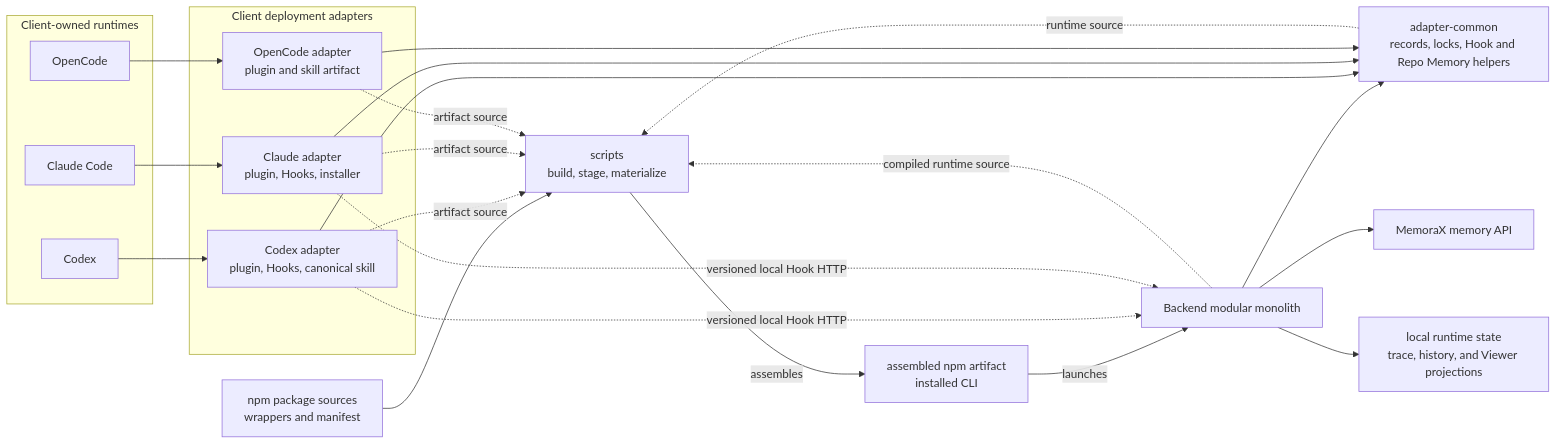
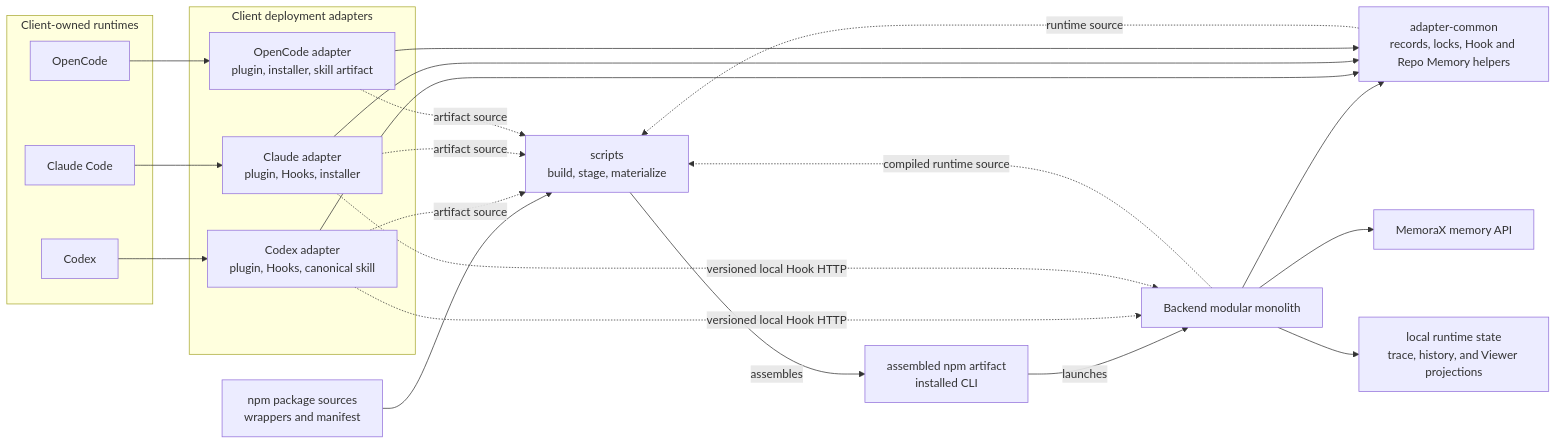
The first of 6 diagrams in ARCHITECTURE.md (memorax-ai/memorax-code), drawn with Mermaid before and after one commit. The commit also changed other lines of this file and 28 other files, not shown here.

````diff
--- a/ARCHITECTURE.md
+++ b/ARCHITECTURE.md
@@ -39,45 +39,45 @@
 ```mermaid
 flowchart LR
   subgraph Clients["Client-owned runtimes"]
     Codex["Codex"]
     Claude["Claude Code"]
     OpenCode["OpenCode"]
   end
 
   subgraph Adapters["Client deployment adapters"]
     CodexAdapter["Codex adapter<br/>plugin, Hooks, canonical skill"]
     ClaudeAdapter["Claude adapter<br/>plugin, Hooks, installer"]
-    OpenCodeAdapter["OpenCode adapter<br/>plugin and skill artifact"]
+    OpenCodeAdapter["OpenCode adapter<br/>plugin, installer, skill artifact"]
   end
 
   Common["adapter-common<br/>records, locks, Hook and Repo Memory helpers"]
   Backend["Backend modular monolith"]
   Npm["npm package sources<br/>wrappers and manifest"]
   Build["scripts<br/>build, stage, materialize"]
   Artifact["assembled npm artifact<br/>installed CLI"]
   MemoraX["MemoraX memory API"]
   Local["local runtime state<br/>trace, history, and Viewer projections"]
 
   Npm --> Build
   Backend -. "compiled runtime source" .-> Build
   Common -. "runtime source" .-> Build
   CodexAdapter -. "artifact source" .-> Build
   ClaudeAdapter -. "artifact source" .-> Build
   OpenCodeAdapter -. "artifact source" .-> Build
   Build -->|"assembles"| Artifact
   Artifact -->|"launches"| Backend
 
   Backend --> Common
   CodexAdapter --> Common
   ClaudeAdapter --> Common
   OpenCodeAdapter --> Common
 
   Codex --> CodexAdapter
   Claude --> ClaudeAdapter
   OpenCode --> OpenCodeAdapter
   CodexAdapter -. "versioned local Hook HTTP" .-> Backend
   ClaudeAdapter -. "versioned local Hook HTTP" .-> Backend
 
   Backend --> MemoraX
   Backend --> Local
 ```
````
